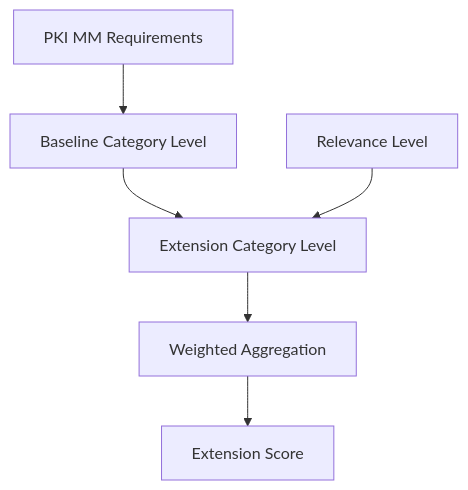
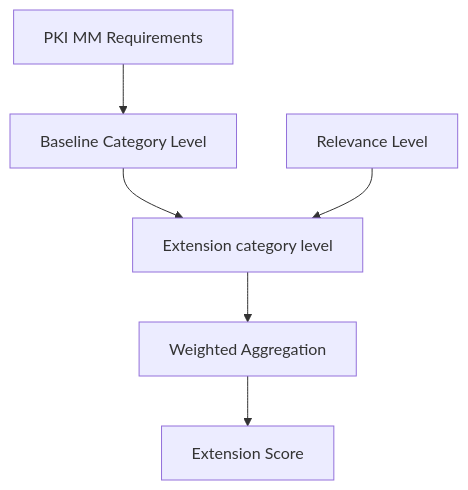
Before and after one commit to pkic/pkimm: the diagram in extensions/_index.md, drawn with Mermaid. The commit also changed other lines of this file and 14 other files, not shown here.

````diff
--- a/extensions/_index.md
+++ b/extensions/_index.md
@@ -29,8 +29,8 @@
 ```mermaid
 flowchart TD
     A["PKI MM Requirements"] --> B["Baseline Category Level"]
-    B --> D["Extension Category Level"]
+    B --> D["Extension category level"]
     C["Relevance Level"] --> D
     D --> E["Weighted Aggregation"]
     E --> F["Extension Score"]
 ```
````
